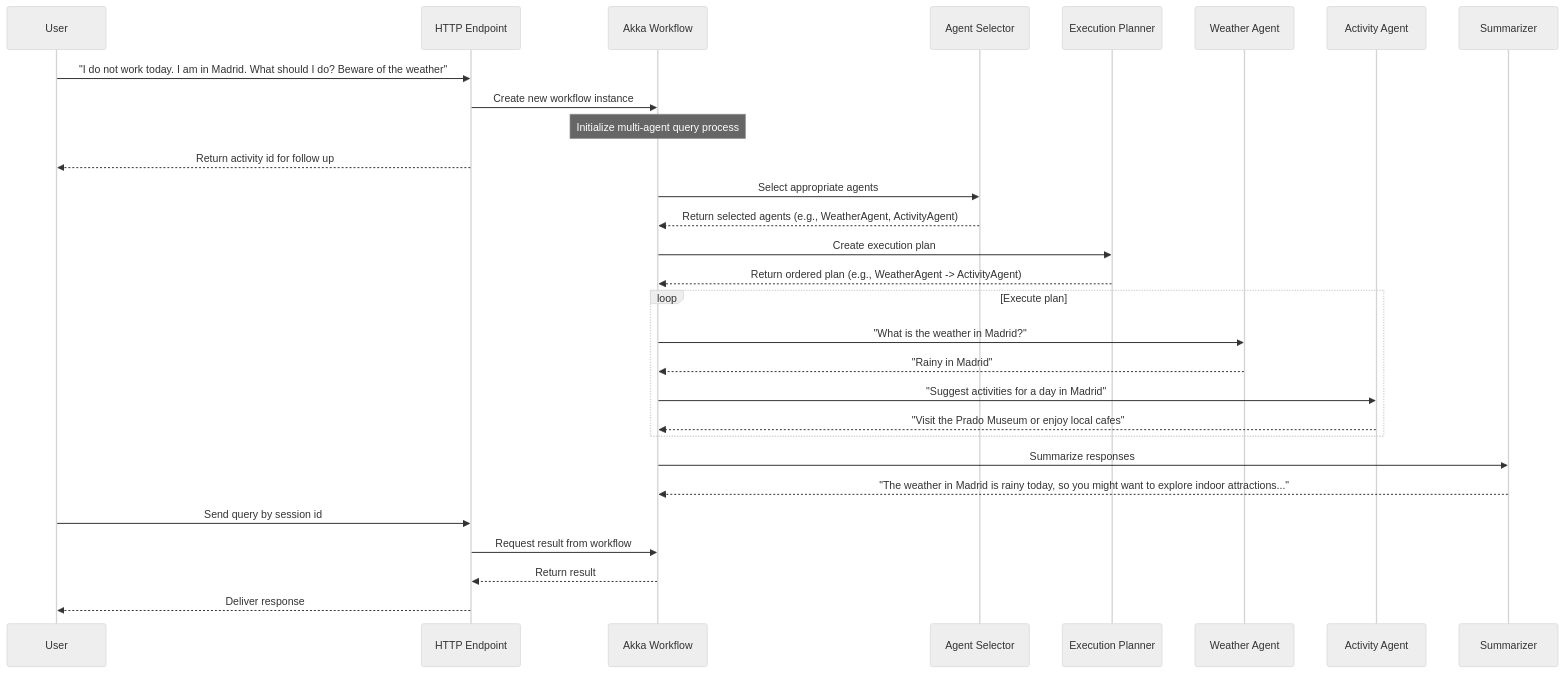
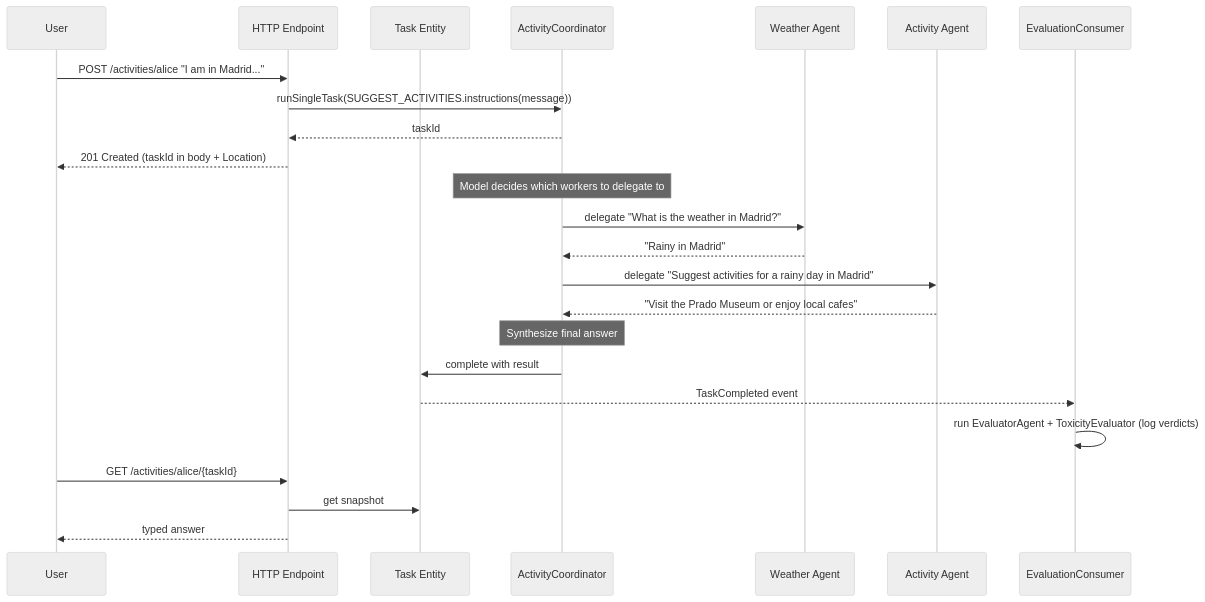
One commit to akka-samples/multi-agent changed the diagram in README.md. Above: the diagram before and after it, drawn with Mermaid (neutral theme). The commit also changed other lines of this file and 25 other files, not shown here.

````diff
--- a/README.md
+++ b/README.md
@@ -28,38 +32,33 @@
 ```mermaid
 sequenceDiagram
     participant User
     participant HTTPEndpoint as HTTP Endpoint
-    participant Workflow as Akka Workflow
-    participant Selector as Agent Selector
-    participant Planner as Execution Planner
+    participant Task as Task Entity
+    participant Coordinator as ActivityCoordinator
     participant WeatherAgent as Weather Agent
     participant ActivityAgent as Activity Agent
-    participant Summarizer as Summarizer
+    participant EvalConsumer as EvaluationConsumer
 
-    User->>HTTPEndpoint: "I do not work today. I am in Madrid. What should I do? Beware of the weather"
-    HTTPEndpoint->>Workflow: Create new workflow instance
-    Note over Workflow: Initialize multi-agent query process
-    HTTPEndpoint-->>User: Return activity id for follow up 
+    User->>HTTPEndpoint: POST /activities/alice "I am in Madrid..."
+    HTTPEndpoint->>Coordinator: runSingleTask(SUGGEST_ACTIVITIES.instructions(message))
+    Coordinator-->>HTTPEndpoint: taskId
+    HTTPEndpoint-->>User: 201 Created (taskId in body + Location)
 
-    Workflow->>Selector: Select appropriate agents
-    Selector-->>Workflow: Return selected agents (e.g., WeatherAgent, ActivityAgent)
+    Note over Coordinator: Model decides which workers to delegate to
 
-    Workflow->>Planner: Create execution plan
-    Planner-->>Workflow: Return ordered plan (e.g., WeatherAgent -> ActivityAgent)
+    Coordinator->>WeatherAgent: delegate "What is the weather in Madrid?"
+    WeatherAgent-->>Coordinator: "Rainy in Madrid"
 
-    loop Execute plan
-        Workflow->>WeatherAgent: "What is the weather in Madrid?"
-        WeatherAgent-->>Workflow: "Rainy in Madrid"
+    Coordinator->>ActivityAgent: delegate "Suggest activities for a rainy day in Madrid"
+    ActivityAgent-->>Coordinator: "Visit the Prado Museum or enjoy local cafes"
 
-        Workflow->>ActivityAgent: "Suggest activities for a day in Madrid"
-        ActivityAgent-->>Workflow: "Visit the Prado Museum or enjoy local cafes"
-    end
+    Note over Coordinator: Synthesize final answer
+    Coordinator->>Task: complete with result
 
-    Workflow->>Summarizer: Summarize responses
-    Summarizer-->>Workflow: "The weather in Madrid is rainy today, so you might want to explore indoor attractions..."
+    Task-->>EvalConsumer: TaskCompleted event
+    EvalConsumer->>EvalConsumer: run EvaluatorAgent + ToxicityEvaluator (log verdicts)
 
-    User->>HTTPEndpoint: Send query by session id
-    HTTPEndpoint->>Workflow: Request result from workflow
-    Workflow-->>HTTPEndpoint: Return result
-    HTTPEndpoint-->>User: Deliver response
+    User->>HTTPEndpoint: GET /activities/alice/{taskId}
+    HTTPEndpoint->>Task: get snapshot
+    HTTPEndpoint-->>User: typed answer
 ```
````
